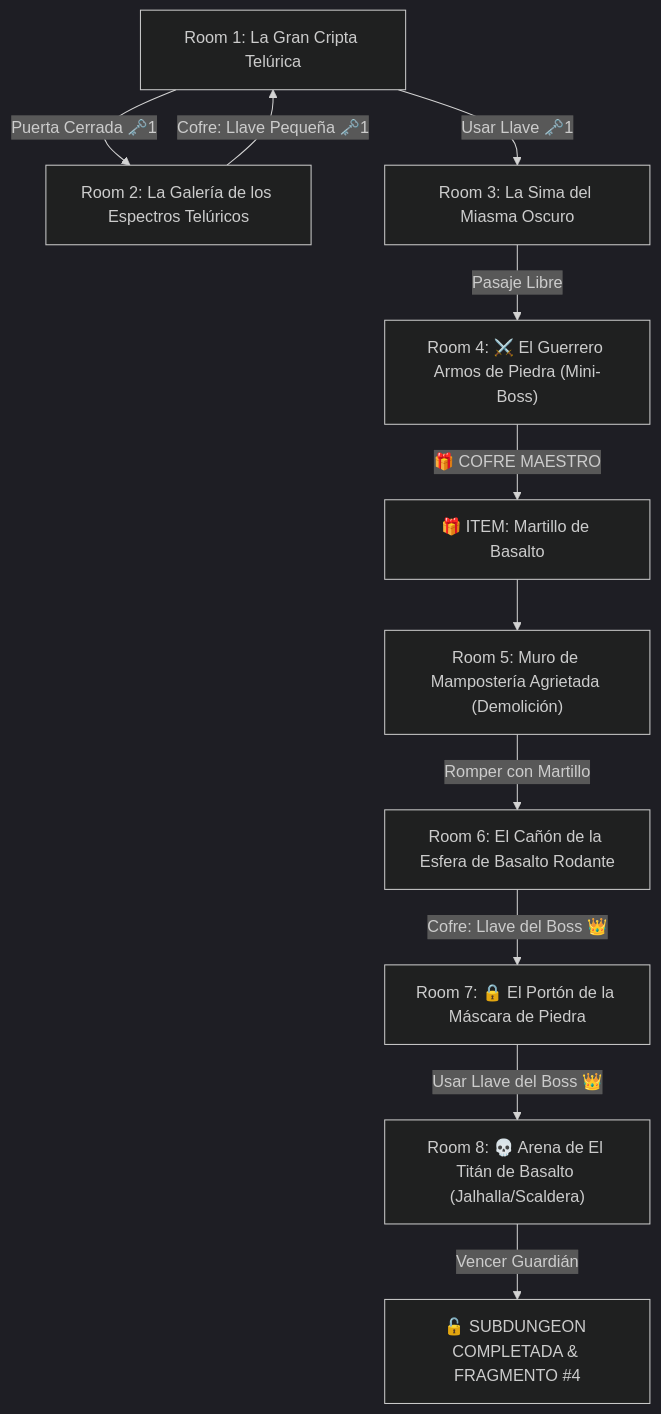
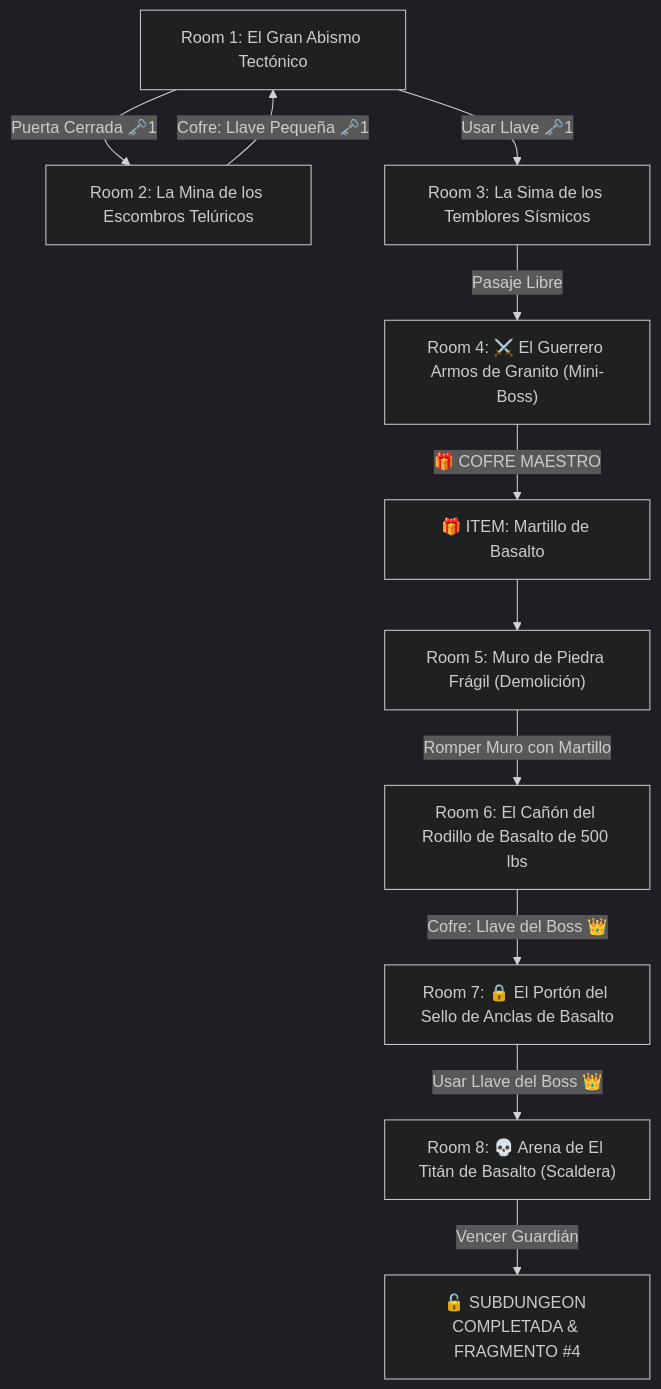
One commit to linkmati/ShivathLyss changed the diagram in 7 - DM/OneShots/ARepeat/Subdungeons/04_Subdungeon_Tierra_Dominio.md. Above: the diagram before and after it, drawn with Mermaid (dark theme). The commit also changed other lines of this file and 18 other files, not shown here.

````diff
--- a/7 - DM/OneShots/ARepeat/Subdungeons/04_Subdungeon_Tierra_Dominio.md
+++ b/7 - DM/OneShots/ARepeat/Subdungeons/04_Subdungeon_Tierra_Dominio.md
@@ -14,13 +14,13 @@
 ```mermaid
 graph TD
-    S1["Room 1: La Gran Cripta Telúrica"] -->|Puerta Cerrada 🗝️1| S2["Room 2: La Galería de los Espectros Telúricos"]
+    S1["Room 1: El Gran Abismo Tectónico"] -->|Puerta Cerrada 🗝️1| S2["Room 2: La Mina de los Escombros Telúricos"]
     S2 -->|Cofre: Llave Pequeña 🗝️1| S1
-    S1 -->|Usar Llave 🗝️1| S3["Room 3: La Sima del Miasma Oscuro"]
-    S3 -->|Pasaje Libre| S4["Room 4: ⚔️ El Guerrero Armos de Piedra (Mini-Boss)"]
+    S1 -->|Usar Llave 🗝️1| S3["Room 3: La Sima de los Temblores Sísmicos"]
+    S3 -->|Pasaje Libre| S4["Room 4: ⚔️ El Guerrero Armos de Granito (Mini-Boss)"]
     S4 -->|🎁 COFRE MAESTRO| Item["🎁 ITEM: Martillo de Basalto"]
-    Item --> S5["Room 5: Muro de Mampostería Agrietada (Demolición)"]
-    S5 -->|Romper con Martillo| S6["Room 6: El Cañón de la Esfera de Basalto Rodante"]
-    S6 -->|Cofre: Llave del Boss 👑| S7["Room 7: 🔒 El Portón de la Máscara de Piedra"]
-    S7 -->|Usar Llave del Boss 👑| S8["Room 8: 💀 Arena de El Titán de Basalto (Jalhalla/Scaldera)"]
+    Item --> S5["Room 5: Muro de Piedra Frágil (Demolición)"]
+    S5 -->|Romper Muro con Martillo| S6["Room 6: El Cañón del Rodillo de Basalto de 500 lbs"]
+    S6 -->|Cofre: Llave del Boss 👑| S7["Room 7: 🔒 El Portón del Sello de Anclas de Basalto"]
+    S7 -->|Usar Llave del Boss 👑| S8["Room 8: 💀 Arena de El Titán de Basalto (Scaldera)"]
     S8 -->|Vencer Guardián| Win["🔓 SUBDUNGEON COMPLETADA & FRAGMENTO #4"]
 ```
````
